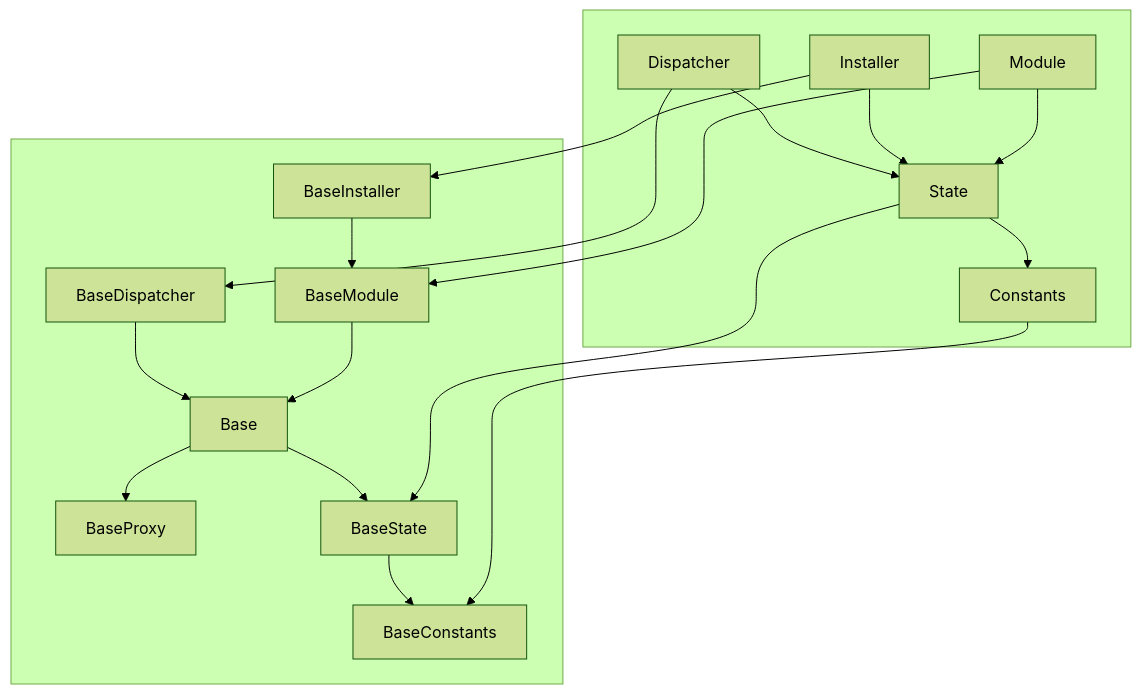
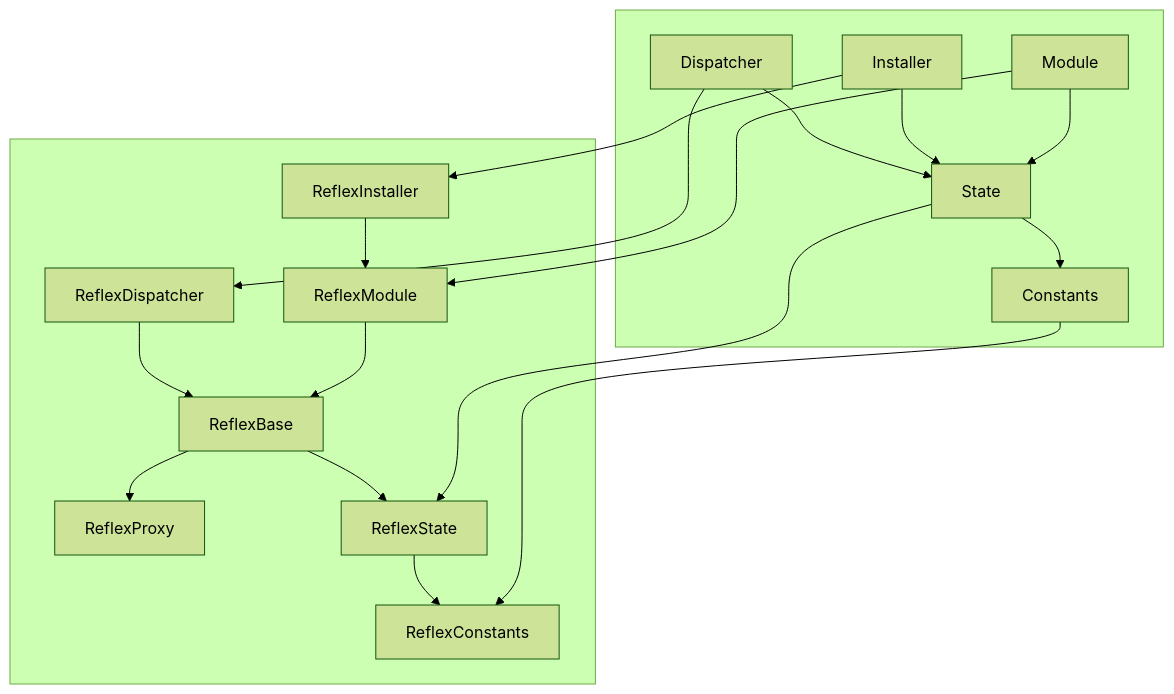
One commit to chromaxyz/reflex changed the fifth of 5 diagrams in docs/IMPLEMENTERS.md. Above: the diagram before and after it, drawn with Mermaid (forest theme). The commit also changed other lines of this file and 47 other files, not shown here.

First line of the commit message:
Rename Base to Reflex prefix (#42)

````diff
--- a/docs/IMPLEMENTERS.md
+++ b/docs/IMPLEMENTERS.md
@@ -232,23 +232,23 @@
 ```mermaid
 graph TD
     subgraph Application [ ]
     Dispatcher --> State
     Installer --> State
     Module --> State
     State --> Constants
     end
 
     subgraph Framework [ ]
-    Dispatcher --> BaseDispatcher
-    Installer --> BaseInstaller
-    Module --> BaseModule
-    BaseInstaller --> BaseModule
-    BaseDispatcher --> Base
-    BaseModule --> Base
-    Base --> BaseProxy
-    Base --> BaseState
-    BaseState --> BaseConstants
-    State --> BaseState
-    Constants --> BaseConstants
+    Dispatcher --> ReflexDispatcher
+    Installer --> ReflexInstaller
+    Module --> ReflexModule
+    ReflexInstaller --> ReflexModule
+    ReflexDispatcher --> ReflexBase
+    ReflexModule --> ReflexBase
+    ReflexBase --> ReflexProxy
+    ReflexBase --> ReflexState
+    ReflexState --> ReflexConstants
+    State --> ReflexState
+    Constants --> ReflexConstants
     end
 ```
````
